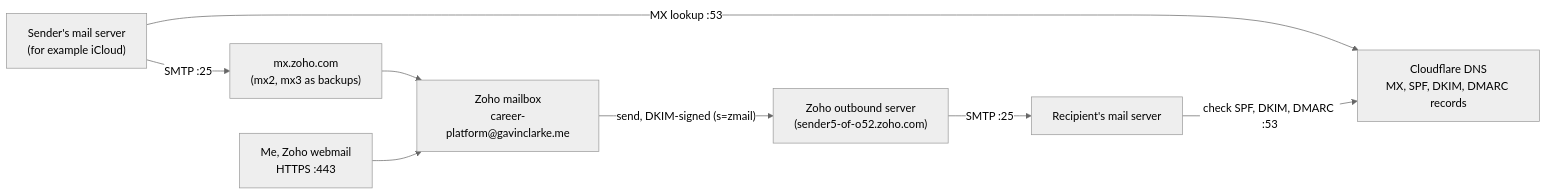
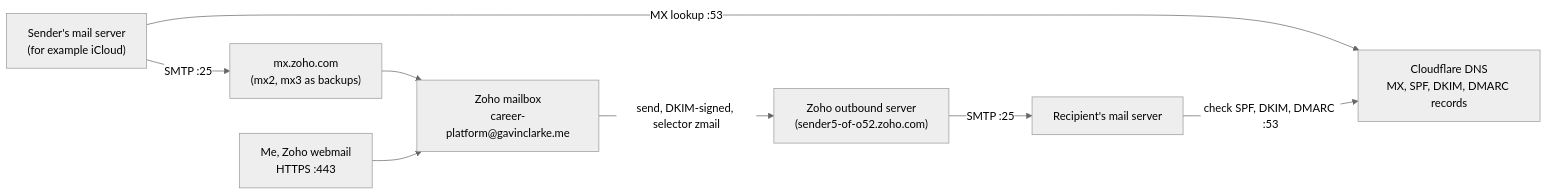
Before and after one commit to gclarke5/career-platform-2-: the third of 3 diagrams in README.md, drawn with Mermaid (neutral theme).

Commit message:
docs: fix the email diagram so GitHub renders it

````diff
--- a/README.md
+++ b/README.md
@@ -112,16 +112,16 @@
 ```mermaid
 flowchart LR
   S["Sender's mail server<br/>(for example iCloud)"]
   CF["Cloudflare DNS<br/>MX, SPF, DKIM, DMARC records"]
   ZIN["mx.zoho.com<br/>(mx2, mx3 as backups)"]
-  BOX["Zoho mailbox<br/>career-platform@gavinclarke.me"]
+  BOX["Zoho mailbox<br/>career-platform#64;gavinclarke.me"]
   ME["Me, Zoho webmail<br/>HTTPS :443"]
   ZOUT["Zoho outbound server<br/>(sender5-of-o52.zoho.com)"]
   R["Recipient's mail server"]
   S -- "MX lookup :53" --> CF
   S -- "SMTP :25" --> ZIN --> BOX
   ME --> BOX
-  BOX -- "send, DKIM-signed (s=zmail)" --> ZOUT
+  BOX -- "send, DKIM-signed, selector zmail" --> ZOUT
   ZOUT -- "SMTP :25" --> R
   R -- "check SPF, DKIM, DMARC :53" --> CF
 ```
````
